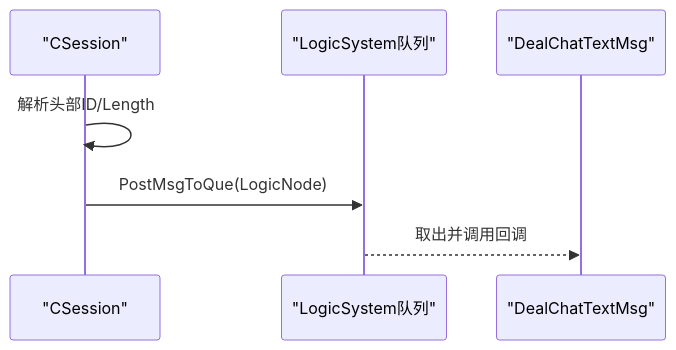
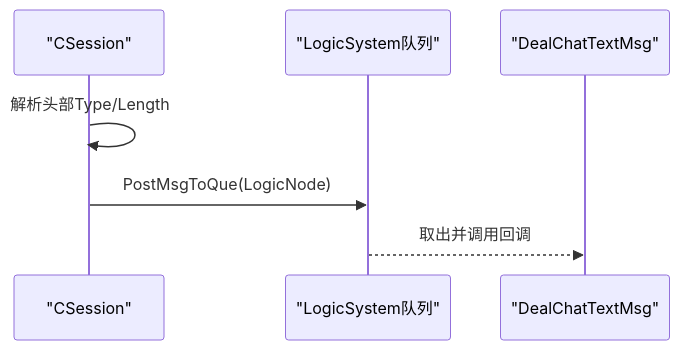
Before and after one commit to echo9923/mychatter: the fourth of 7 diagrams in .qoder/repowiki/zh/content/架构设计/数据流设计/聊天消息数据流/文本消息传输流程.md, drawn with Mermaid. The commit also changed other lines of this file and 128 other files, not shown here.

````diff
--- a/.qoder/repowiki/zh/content/架构设计/数据流设计/聊天消息数据流/文本消息传输流程.md
+++ b/.qoder/repowiki/zh/content/架构设计/数据流设计/聊天消息数据流/文本消息传输流程.md
@@ -194,9 +194,9 @@
 ```mermaid
 sequenceDiagram
 participant Sess as "CSession"
 participant Q as "LogicSystem队列"
 participant H as "DealChatTextMsg"
-Sess->>Sess : 解析头部ID/Length
+Sess->>Sess : 解析头部Type/Length
 Sess->>Q : PostMsgToQue(LogicNode)
 Q-->>H : 取出并调用回调
 ```
````
